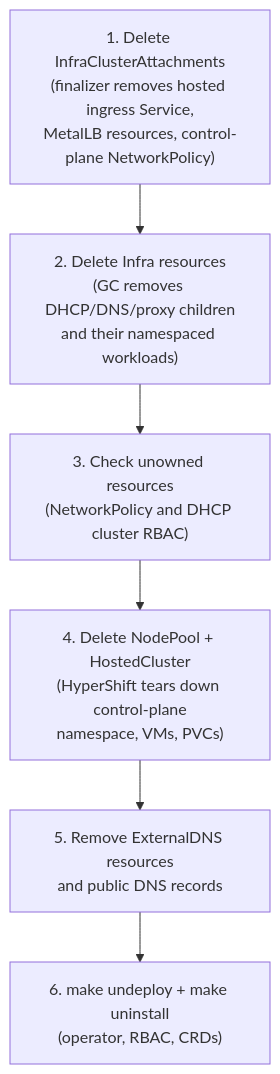
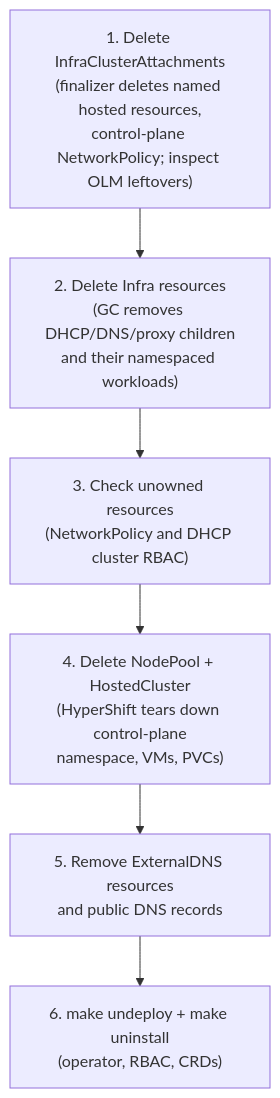
The diagram in website/docs/operations/uninstall.md (cldmnky/oooi), drawn with Mermaid before and after one commit. The commit also changed other lines of this file and 9 other files, not shown here.

````diff
--- a/website/docs/operations/uninstall.md
+++ b/website/docs/operations/uninstall.md
@@ -9,9 +9,9 @@
 ```mermaid
 flowchart TB
-    A["1. Delete InfraClusterAttachments<br/>(finalizer removes hosted ingress Service,<br/>MetalLB resources, control-plane NetworkPolicy)"]
+    A["1. Delete InfraClusterAttachments<br/>(finalizer deletes named hosted resources,<br/>control-plane NetworkPolicy; inspect OLM leftovers)"]
     --> B["2. Delete Infra resources<br/>(GC removes DHCP/DNS/proxy children<br/>and their namespaced workloads)"]
     --> C["3. Check unowned resources<br/>(NetworkPolicy and DHCP cluster RBAC)"]
     --> D["4. Delete NodePool + HostedCluster<br/>(HyperShift tears down control-plane<br/>namespace, VMs, PVCs)"]
     --> E["5. Remove ExternalDNS resources<br/>and public DNS records"]
     --> F["6. make undeploy + make uninstall<br/>(operator, RBAC, CRDs)"]
 ```
````
